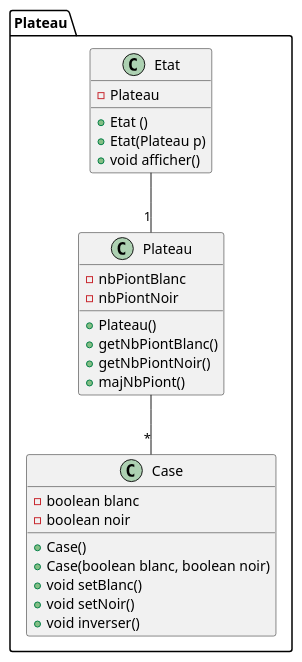
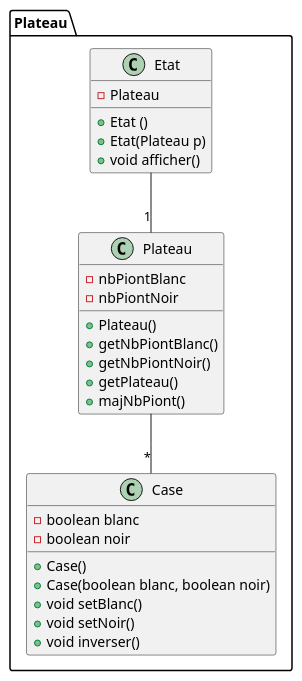
One commit to HRomaric/Othello changed the diagram in src/othello/uml/plateau.puml. Above: the diagram before and after it, drawn with PlantUML. The commit also changed 1 other file, not shown here.

Commit message:
ajout d'une fonction dans l'uml de Plateau classe plateau fct getPlateau
+ Ajout des fonctions décrites dans l'uml dans la classe Plateau.java

```diff
--- a/src/othello/uml/plateau.puml
+++ b/src/othello/uml/plateau.puml
@@ -1,32 +1,33 @@
 @startuml
 package Plateau{
     class "Case" as case{
         - boolean blanc
         - boolean noir
         + Case()
         + Case(boolean blanc, boolean noir)
         + void setBlanc()
         + void setNoir()
         + void inverser()
     }
 
     class "Plateau" as plateau{
         - nbPiontBlanc
         - nbPiontNoir
         + Plateau()
         + getNbPiontBlanc()
         + getNbPiontNoir()
+        + getPlateau()
         + majNbPiont()
     }
 
     class "Etat" as etat{
         - Plateau
         + Etat ()
         + Etat(Plateau p)
         + void afficher()
     }
 }
 
 plateau -- "*" case
 etat -- "1" plateau
 @enduml
```
